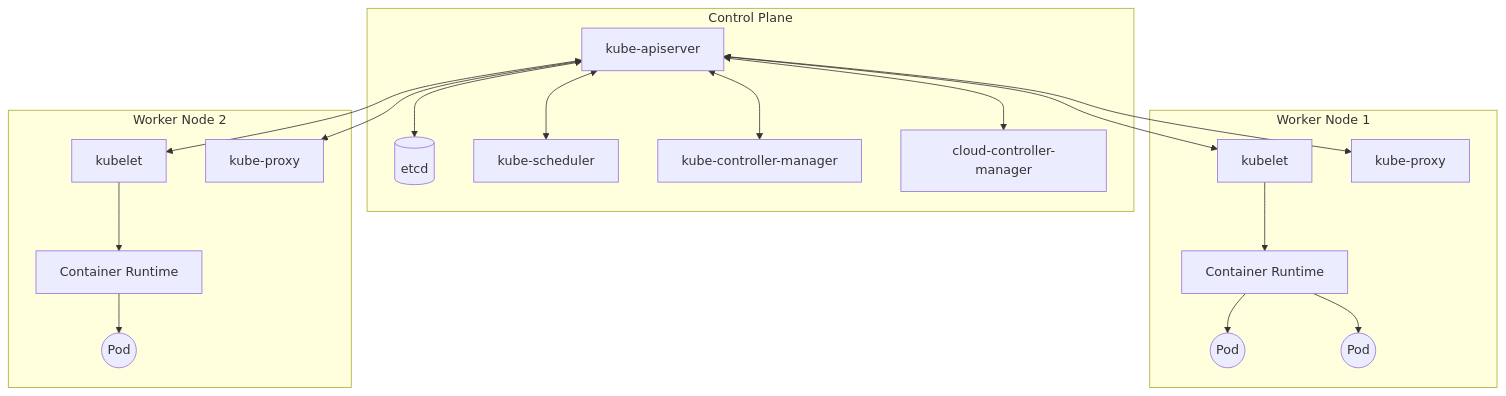
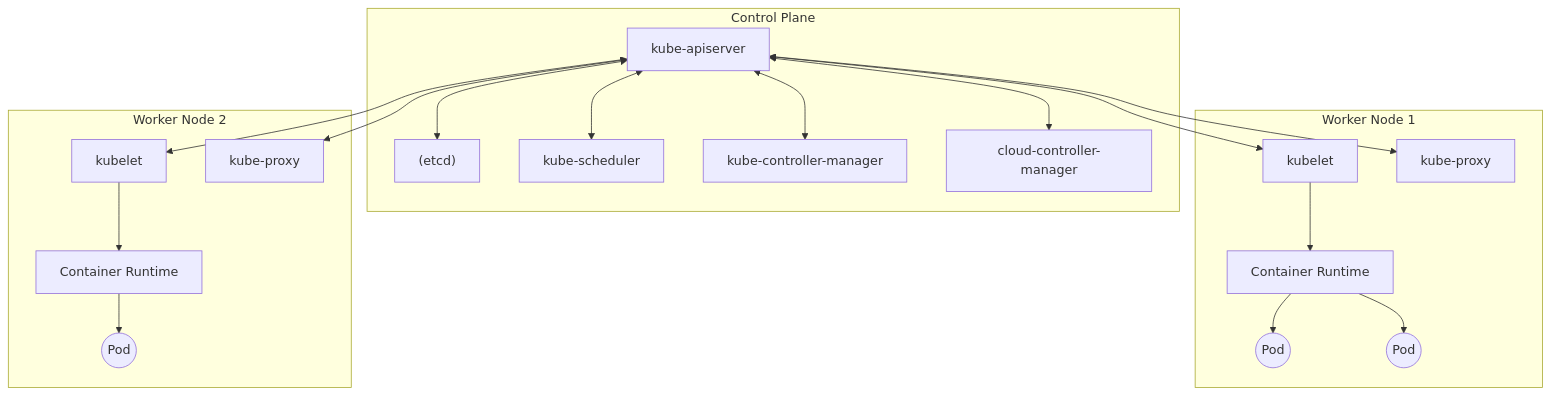
One commit to kenjinote/blog changed the first of 2 diagrams in content/post/kubernetes-k8s-architecture-pod-service-ingress/index.md. Above: the diagram before and after it, drawn with Mermaid. The commit also changed other lines of this file and 929 other files, not shown here.

Commit message:
fix: Add double quotes to all Mermaid node texts to resolve syntax errors

````diff
--- a/content/post/kubernetes-k8s-architecture-pod-service-ingress/index.md
+++ b/content/post/kubernetes-k8s-architecture-pod-service-ingress/index.md
@@ -32,39 +32,39 @@
 ```mermaid
 flowchart TD
     subgraph ControlPlane [Control Plane]
-        API[kube-apiserver]
-        ETCD[(etcd)]
-        SCHED[kube-scheduler]
-        CM[kube-controller-manager]
-        CCM[cloud-controller-manager]
+        API["kube-apiserver"]
+        ETCD["(etcd)"]
+        SCHED["kube-scheduler"]
+        CM["kube-controller-manager"]
+        CCM["cloud-controller-manager"]
         API <--> ETCD
         API <--> SCHED
         API <--> CM
         API <--> CCM
     end
 
     subgraph WorkerNode1 [Worker Node 1]
-        KLET1[kubelet]
-        KPROX1[kube-proxy]
-        CR1[Container Runtime]
-        POD1_1((Pod))
-        POD1_2((Pod))
+        KLET1["kubelet"]
+        KPROX1["kube-proxy"]
+        CR1["Container Runtime"]
+        POD1_1(("Pod"))
+        POD1_2(("Pod"))
         KLET1 --> CR1
         CR1 --> POD1_1
         CR1 --> POD1_2
     end
 
     subgraph WorkerNode2 [Worker Node 2]
-        KLET2[kubelet]
-        KPROX2[kube-proxy]
-        CR2[Container Runtime]
-        POD2_1((Pod))
+        KLET2["kubelet"]
+        KPROX2["kube-proxy"]
+        CR2["Container Runtime"]
+        POD2_1(("Pod"))
         KLET2 --> CR2
         CR2 --> POD2_1
     end
 
     API <--> KLET1
     API <--> KLET2
     API <--> KPROX1
     API <--> KPROX2
 ```
````
